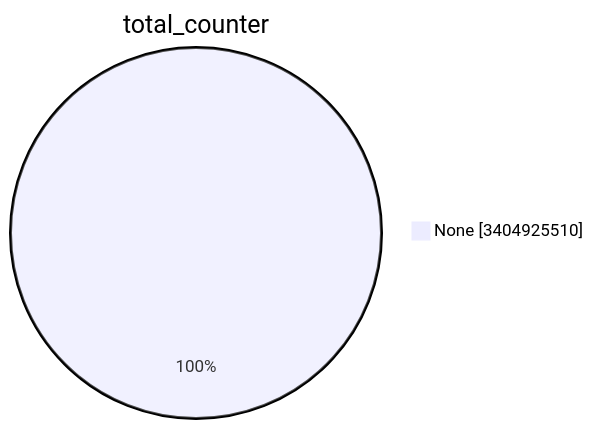
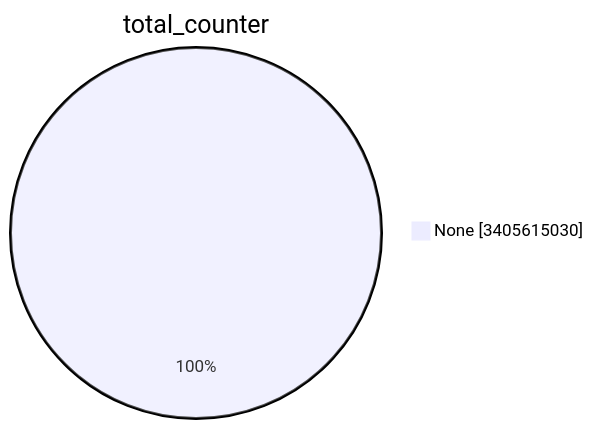
One commit to christiankrug/ctmonitor_visualization changed the first of 15 diagrams in TOTAL/README.md. Above: the diagram before and after it, drawn with Mermaid. The commit also changed other lines of this file, not shown here.

````diff
--- a/TOTAL/README.md
+++ b/TOTAL/README.md
@@ -1,5 +1,5 @@
 ```mermaid
 pie showData
 title total_counter
-"None" :3404925510
+"None" :3405615030
 ```
````
